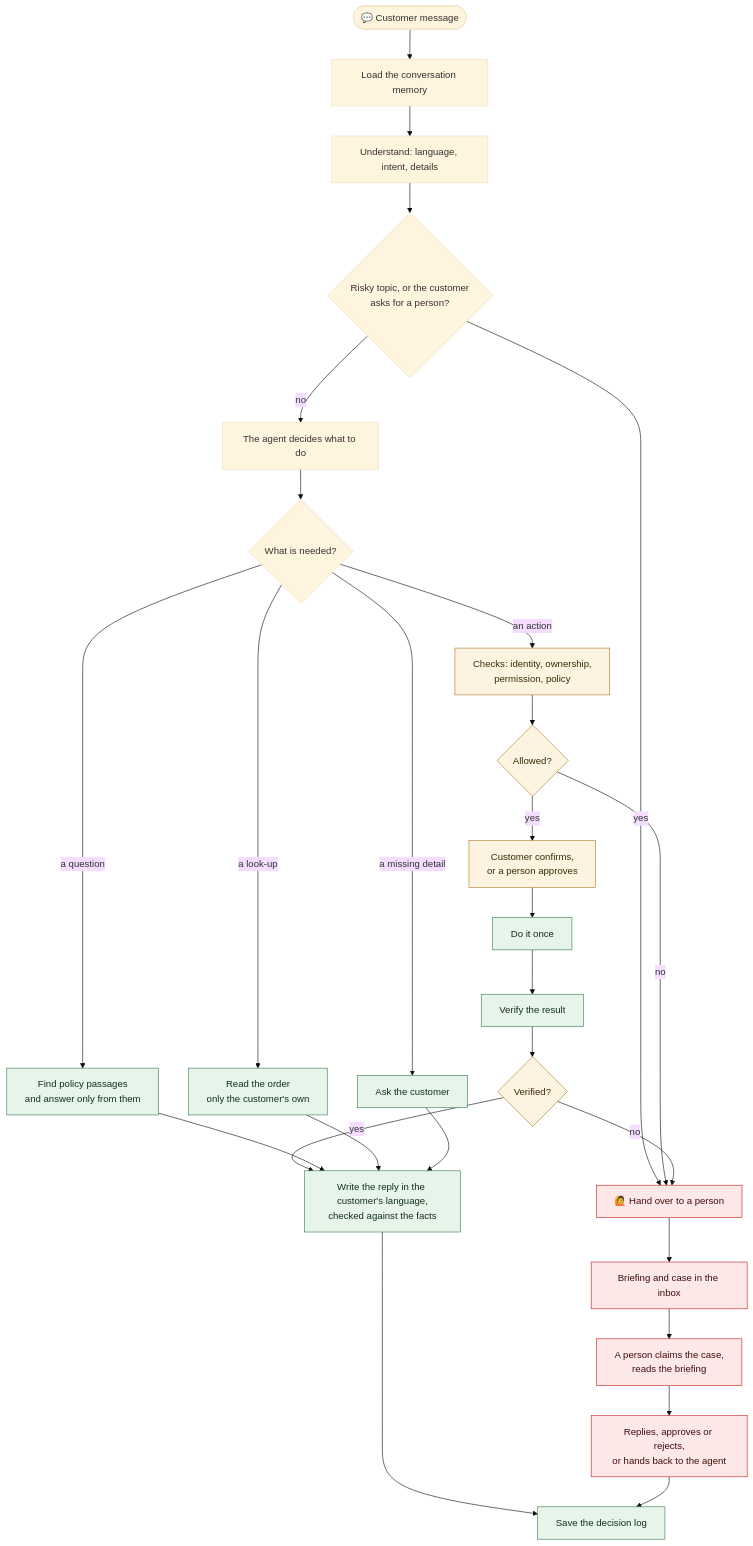
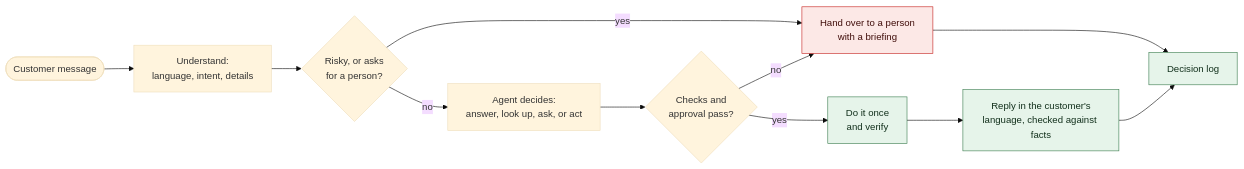
The second of 3 diagrams in README.md (georgeemiL787/Ticket-Easy), drawn with Mermaid (base theme) before and after one commit. The commit also changed other lines of this file, not shown here.

Commit message:
README: remove emojis, shorten the diagrams, drop the model footnote

````diff
--- a/README.md
+++ b/README.md
@@ -88,36 +72,17 @@
 ```mermaid
-flowchart TD
-  A(["💬 Customer message"]) --> B["Load the conversation memory"]
-  B --> C["Understand: language, intent, details"]
-  C --> D{"Risky topic, or the customer<br/>asks for a person?"}
-  D -- yes --> H
-  D -- no --> E["The agent decides what to do"]
-  E --> F{"What is needed?"}
-  F -- "a question" --> G["Find policy passages<br/>and answer only from them"]
-  F -- "a look-up" --> I["Read the order<br/>only the customer's own"]
-  F -- "a missing detail" --> Q["Ask the customer"]
-  F -- "an action" --> J["Checks: identity, ownership,<br/>permission, policy"]
-  J --> K{"Allowed?"}
-  K -- no --> H
-  K -- yes --> L["Customer confirms,<br/>or a person approves"]
-  L --> M["Do it once"]
-  M --> N["Verify the result"]
-  N --> O{"Verified?"}
-  O -- no --> H
-  O -- yes --> R
-  G --> R
-  I --> R
-  Q --> R
-  R["Write the reply in the customer's language,<br/>checked against the facts"] --> S["Save the decision log"]
-  H["🙋 Hand over to a person"] --> T["Briefing and case in the inbox"]
-  T --> U["A person claims the case,<br/>reads the briefing"]
-  U --> V["Replies, approves or rejects,<br/>or hands back to the agent"]
-  V --> S
-
+flowchart LR
+  A(["Customer message"]) --> B["Understand:<br/>language, intent, details"]
+  B --> D{"Risky, or asks<br/>for a person?"}
+  D -- yes --> H["Hand over to a person<br/>with a briefing"]
+  D -- no --> E["Agent decides:<br/>answer, look up, ask, or act"]
+  E --> J{"Checks and<br/>approval pass?"}
+  J -- no --> H
+  J -- yes --> M["Do it once<br/>and verify"]
+  M --> R["Reply in the customer's<br/>language, checked against facts"]
+  H --> S["Decision log"]
+  R --> S
   classDef ok fill:#e6f4ea,stroke:#3b7d4f,color:#12301c
   classDef stop fill:#fce8e6,stroke:#c5221f,color:#410e0b
-  classDef gate fill:#fdf3e1,stroke:#b07a1f,color:#3b2a08
-  class G,I,Q,M,N,R,S ok
-  class H,T,U,V stop
-  class J,K,L,O gate
+  class M,R,S ok
+  class H stop
 ```
````
